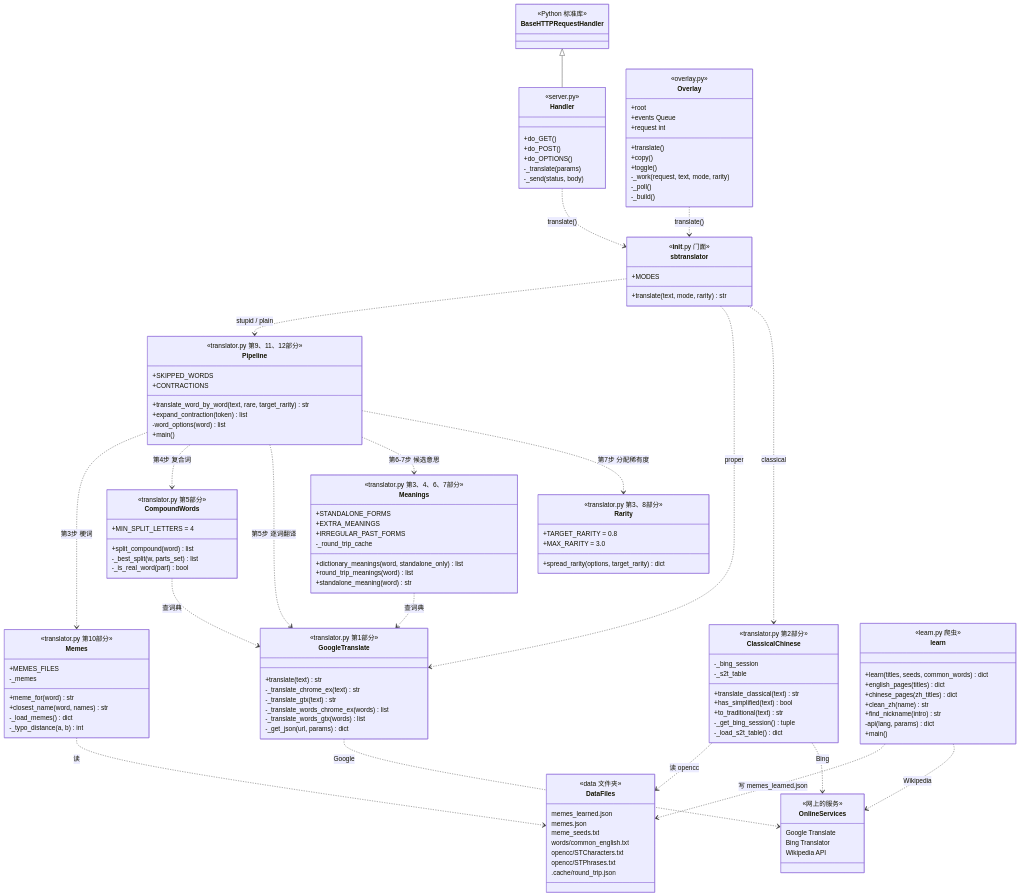
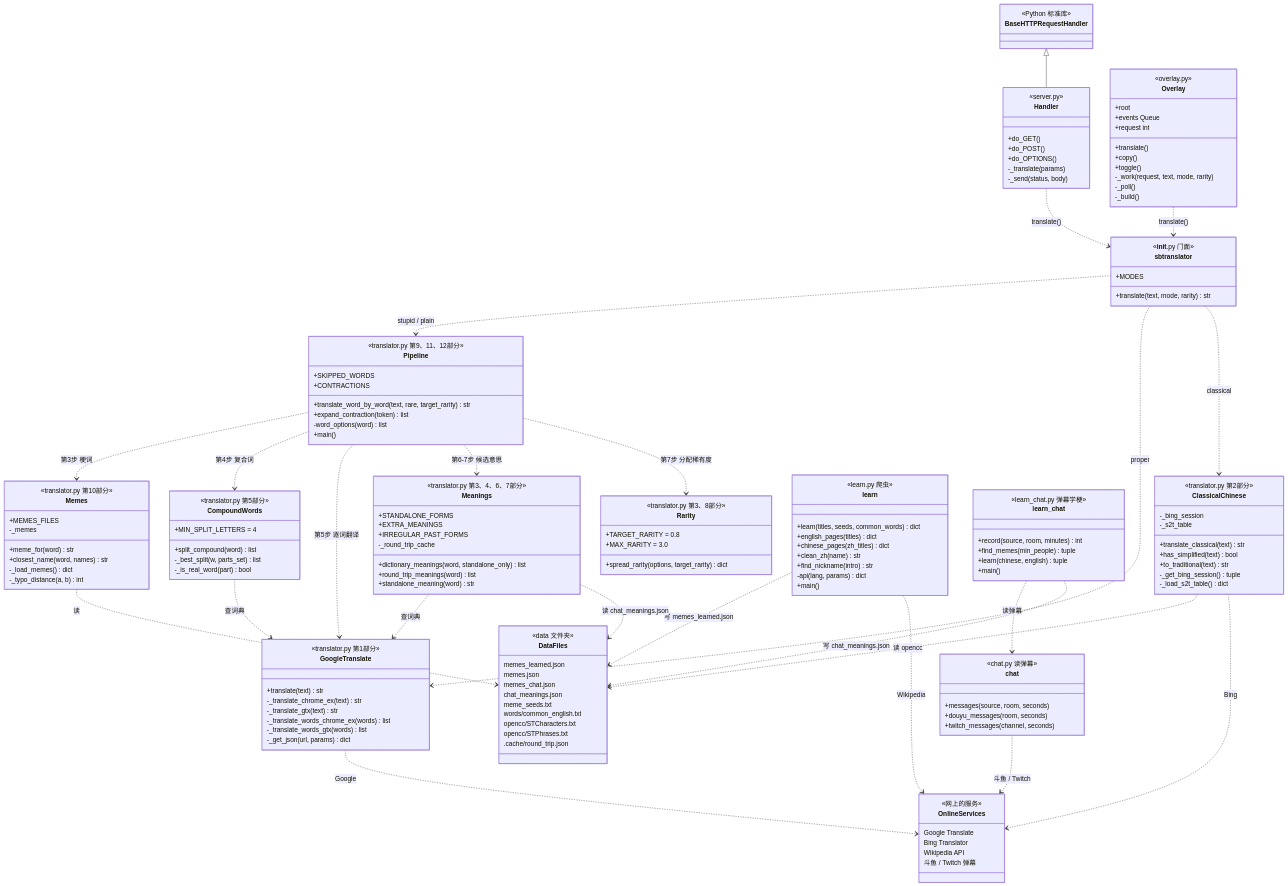
Before and after one commit to HHCreator/StupidTransilator: the first of 2 diagrams in docs/DESIGN.md, drawn with Mermaid. The commit also changed other lines of this file and 8 other files, not shown here.

First line of the commit message:
Learn memes from live stream chat (Douyu, Twitch)

````diff
--- a/docs/DESIGN.md
+++ b/docs/DESIGN.md
@@ -113,6 +116,19 @@
         -api(lang, params) dict
         +main()
     }
+    class chat {
+        <<chat.py 读弹幕>>
+        +messages(source, room, seconds)
+        +douyu_messages(room, seconds)
+        +twitch_messages(channel, seconds)
+    }
+    class learn_chat {
+        <<learn_chat.py 弹幕学梗>>
+        +record(source, room, minutes) int
+        +find_memes(min_people) tuple
+        +learn(chinese, english) tuple
+        +main()
+    }
     class BaseHTTPRequestHandler {
         <<Python 标准库>>
     }
@@ -140,6 +156,8 @@
         <<data 文件夹>>
         memes_learned.json
         memes.json
+        memes_chat.json
+        chat_meanings.json
         meme_seeds.txt
         words/common_english.txt
         opencc/STCharacters.txt
@@ -151,6 +169,7 @@
         Google Translate
         Bing Translator
         Wikipedia API
+        斗鱼 / Twitch 弹幕
     }
 
     BaseHTTPRequestHandler <|-- Handler
@@ -170,6 +189,10 @@
     ClassicalChinese ..> DataFiles : 读 opencc
     learn ..> DataFiles : 写 memes_learned.json
     learn ..> OnlineServices : Wikipedia
+    learn_chat ..> chat : 读弹幕
+    chat ..> OnlineServices : 斗鱼 / Twitch
+    learn_chat ..> DataFiles : 写 chat_meanings.json
+    Meanings ..> DataFiles : 读 chat_meanings.json
     GoogleTranslate ..> OnlineServices : Google
     ClassicalChinese ..> OnlineServices : Bing
 ```
````
